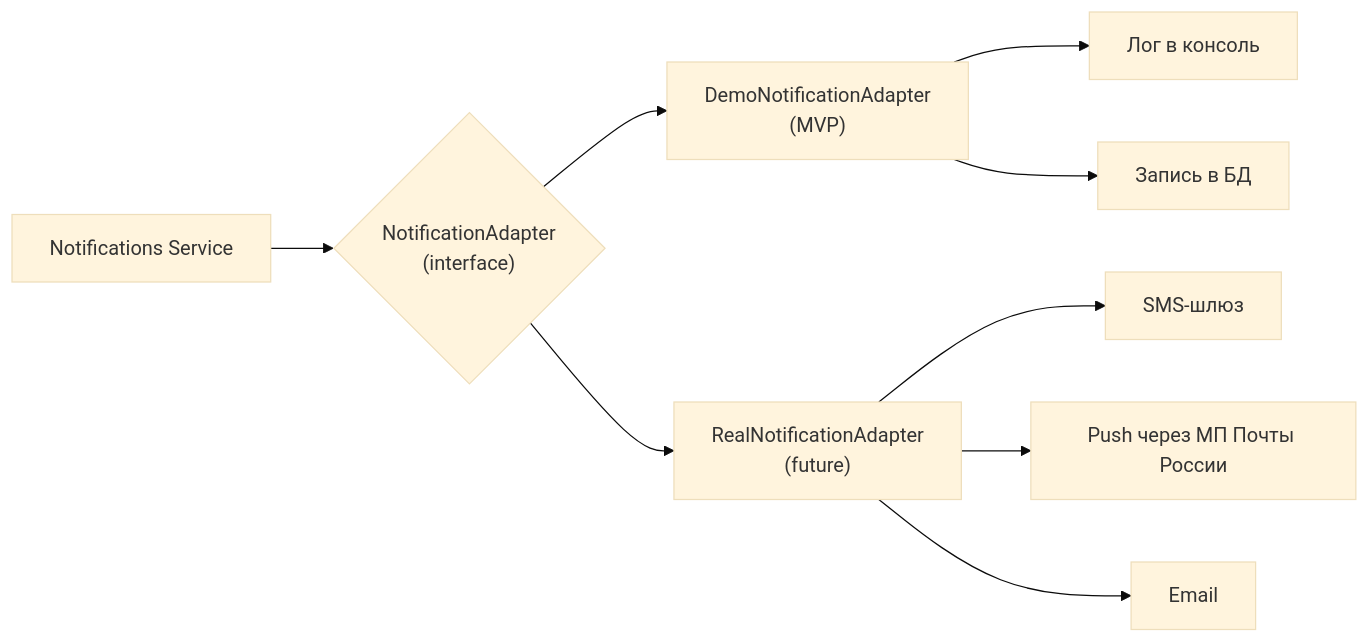
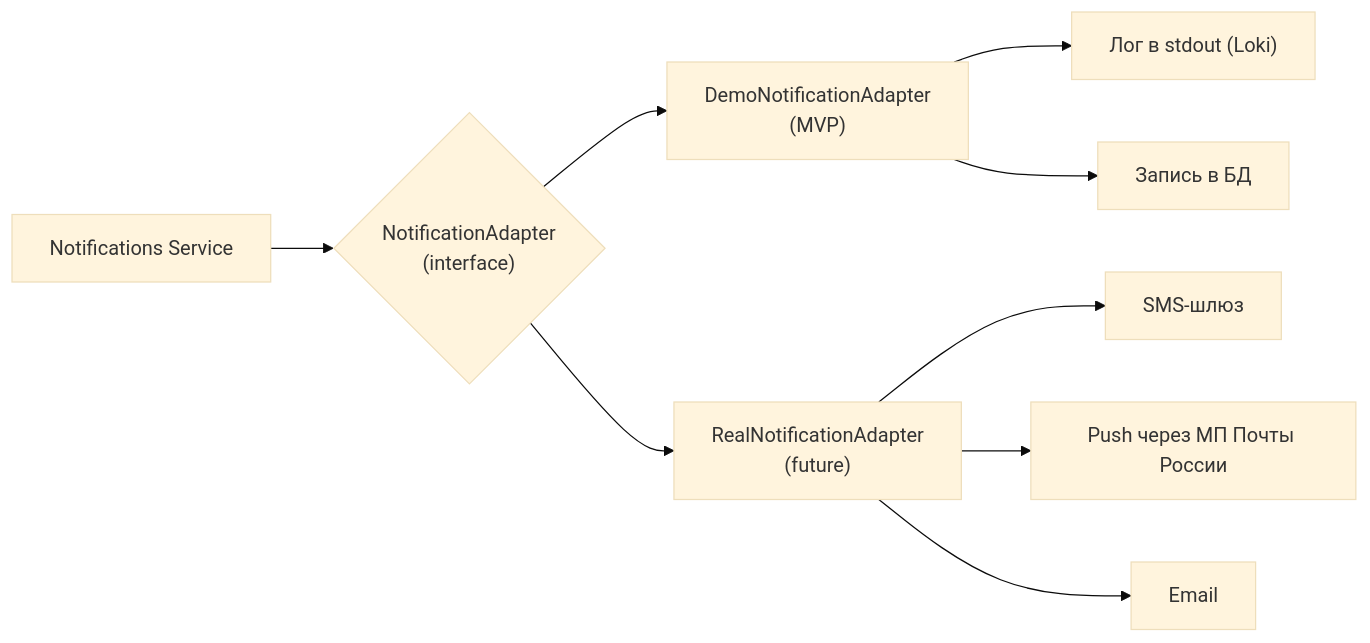
The sixth of 8 diagrams in docs/architecture.md (Rodion-NTQ-TEAM/tsifrovaya-ochere), drawn with Mermaid (base theme) before and after one commit. The commit also changed other lines of this file, not shown here.

Commit message:
docs(architecture): убрать Redis, добавить observability

````diff
--- a/docs/architecture.md
+++ b/docs/architecture.md
@@ -219,13 +308,13 @@
 ```mermaid
 flowchart LR
     NS["Notifications Service"] --> IF{"NotificationAdapter<br/>(interface)"}
     IF --> DA["DemoNotificationAdapter<br/>(MVP)"]
     IF --> RA["RealNotificationAdapter<br/>(future)"]
 
-    DA --> L1["Лог в консоль"]
+    DA --> L1["Лог в stdout (Loki)"]
     DA --> L2["Запись в БД"]
 
     RA --> R1["SMS-шлюз"]
     RA --> R2["Push через МП Почты России"]
     RA --> R3["Email"]
 ```
````
